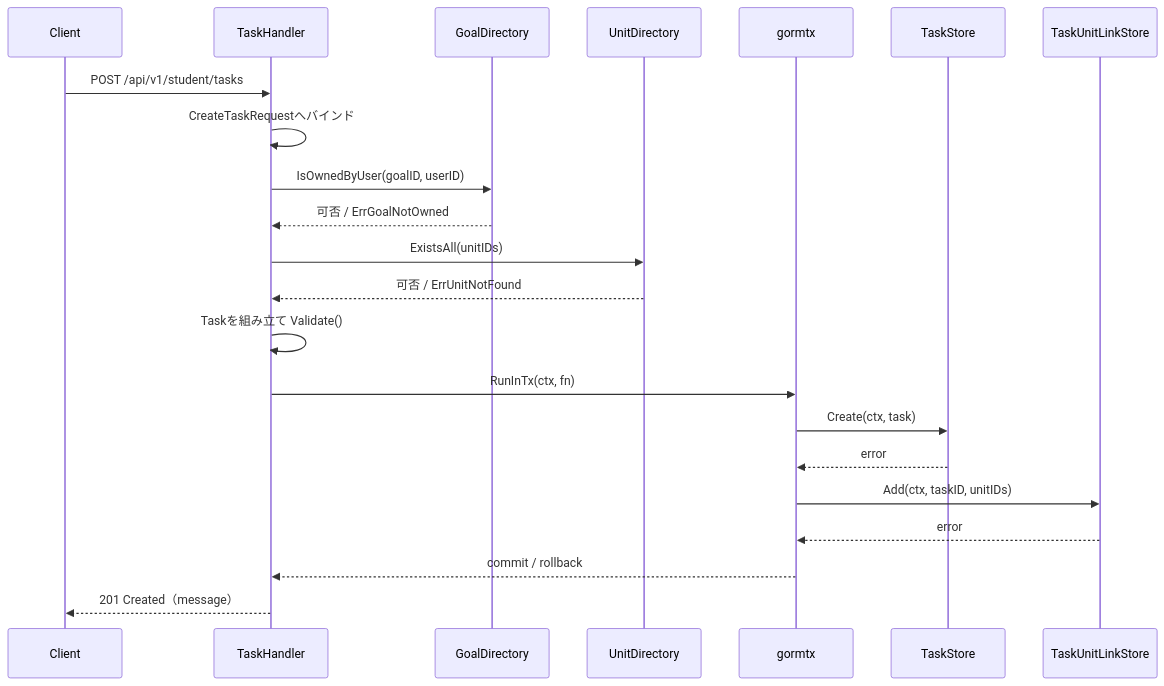
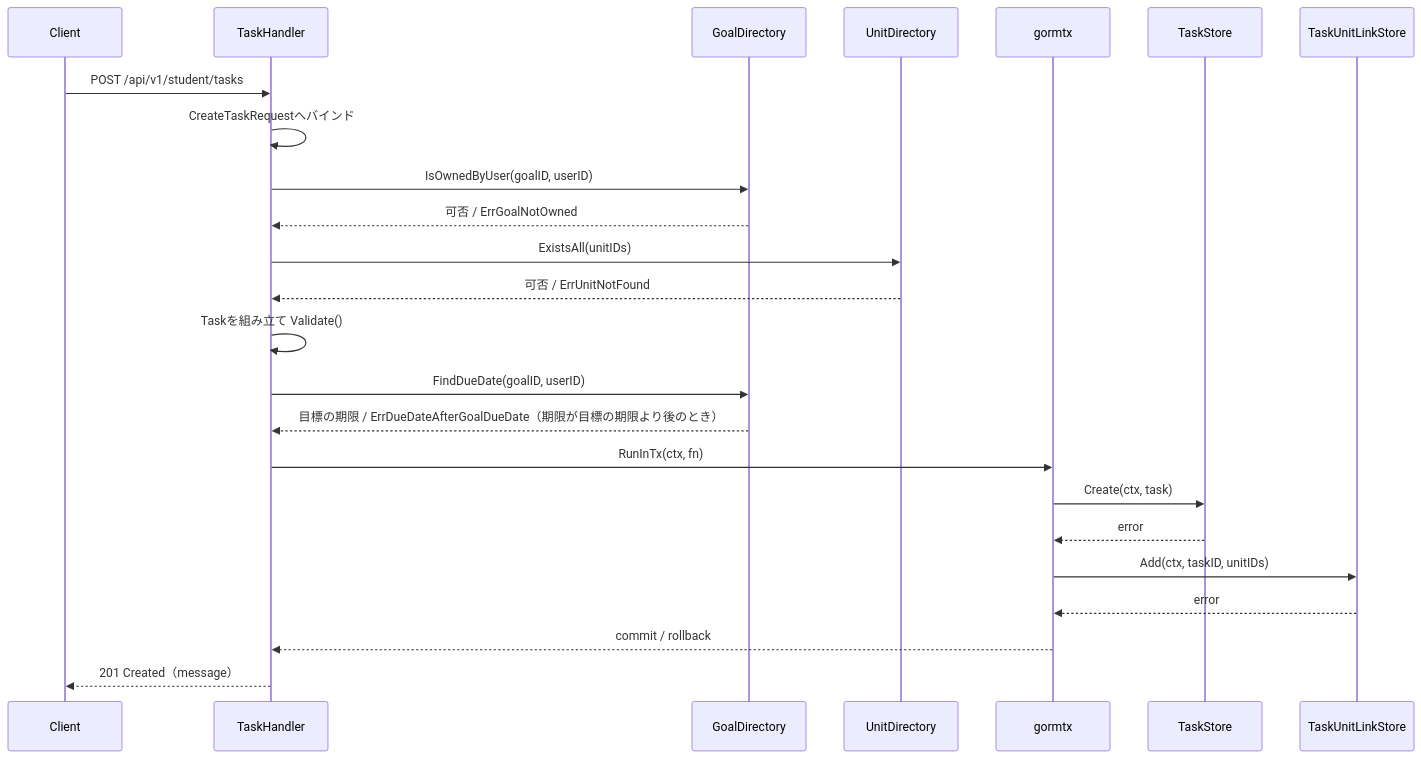
One commit to yuta20253/edu-platform-go-design changed the third of 7 diagrams in 計画書/Go実装仕様書/タスク管理機能_Go実装仕様書.md. Above: the diagram before and after it, drawn with Mermaid. The commit also changed other lines of this file and 21 other files, not shown here.

````diff
--- a/計画書/Go実装仕様書/タスク管理機能_Go実装仕様書.md
+++ b/計画書/Go実装仕様書/タスク管理機能_Go実装仕様書.md
@@ -405,25 +408,27 @@
 ```mermaid
 sequenceDiagram
     participant C as Client
     participant H as TaskHandler
     participant GD as GoalDirectory
     participant UD as UnitDirectory
     participant TX as gormtx
     participant TS as TaskStore
     participant TULS as TaskUnitLinkStore
 
     C->>H: POST /api/v1/student/tasks
     H->>H: CreateTaskRequestへバインド
     H->>GD: IsOwnedByUser(goalID, userID)
     GD-->>H: 可否 / ErrGoalNotOwned
     H->>UD: ExistsAll(unitIDs)
     UD-->>H: 可否 / ErrUnitNotFound
     H->>H: Taskを組み立て Validate()
+    H->>GD: FindDueDate(goalID, userID)
+    GD-->>H: 目標の期限 / ErrDueDateAfterGoalDueDate（期限が目標の期限より後のとき）
     H->>TX: RunInTx(ctx, fn)
     TX->>TS: Create(ctx, task)
     TS-->>TX: error
     TX->>TULS: Add(ctx, taskID, unitIDs)
     TULS-->>TX: error
     TX-->>H: commit / rollback
     H-->>C: 201 Created（message）
 ```
````
